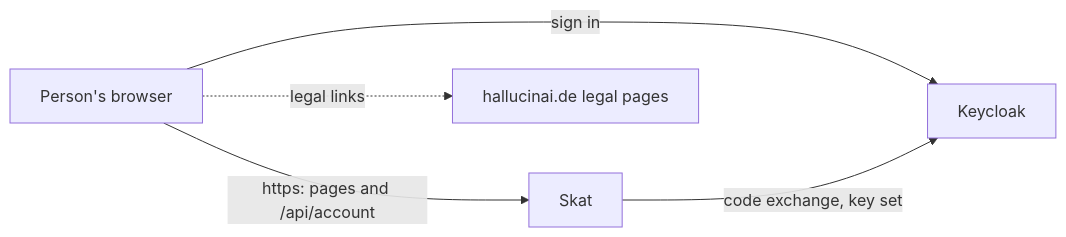
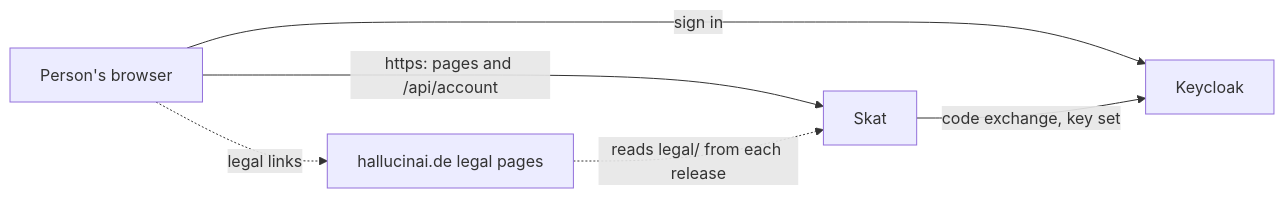
The first of 3 diagrams in docs/ARCHITECTURE.md (overnightworks/skat), drawn with Mermaid before and after one commit. The commit also changed other lines of this file, not shown here.

Commit message:
Say where Skat's legal texts live

````diff
--- a/docs/ARCHITECTURE.md
+++ b/docs/ARCHITECTURE.md
@@ -7,7 +7,8 @@
 ```mermaid
 flowchart LR
     person["Person's browser"] -->|"https: pages and /api/account"| skat["Skat"]
     person -->|"sign in"| keycloak["Keycloak"]
     skat -->|"code exchange, key set"| keycloak
     person -.->|"legal links"| legal["hallucinai.de legal pages"]
+    legal -.->|"reads legal/ from each release"| skat
 ```
````
